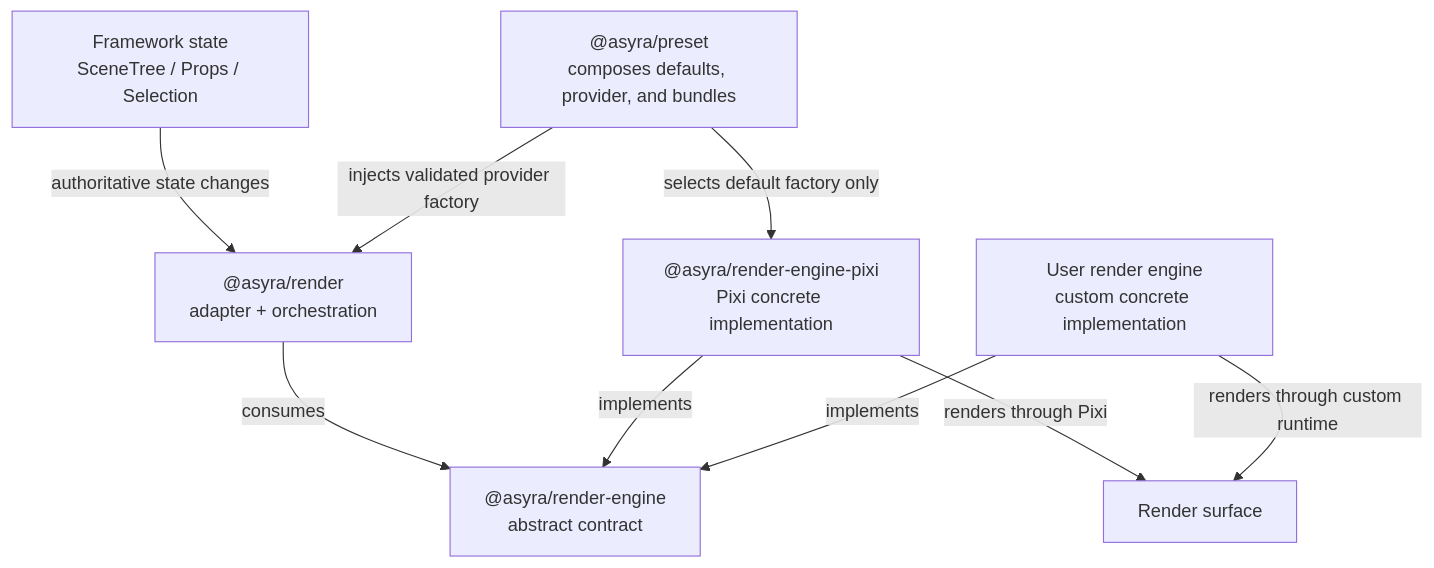
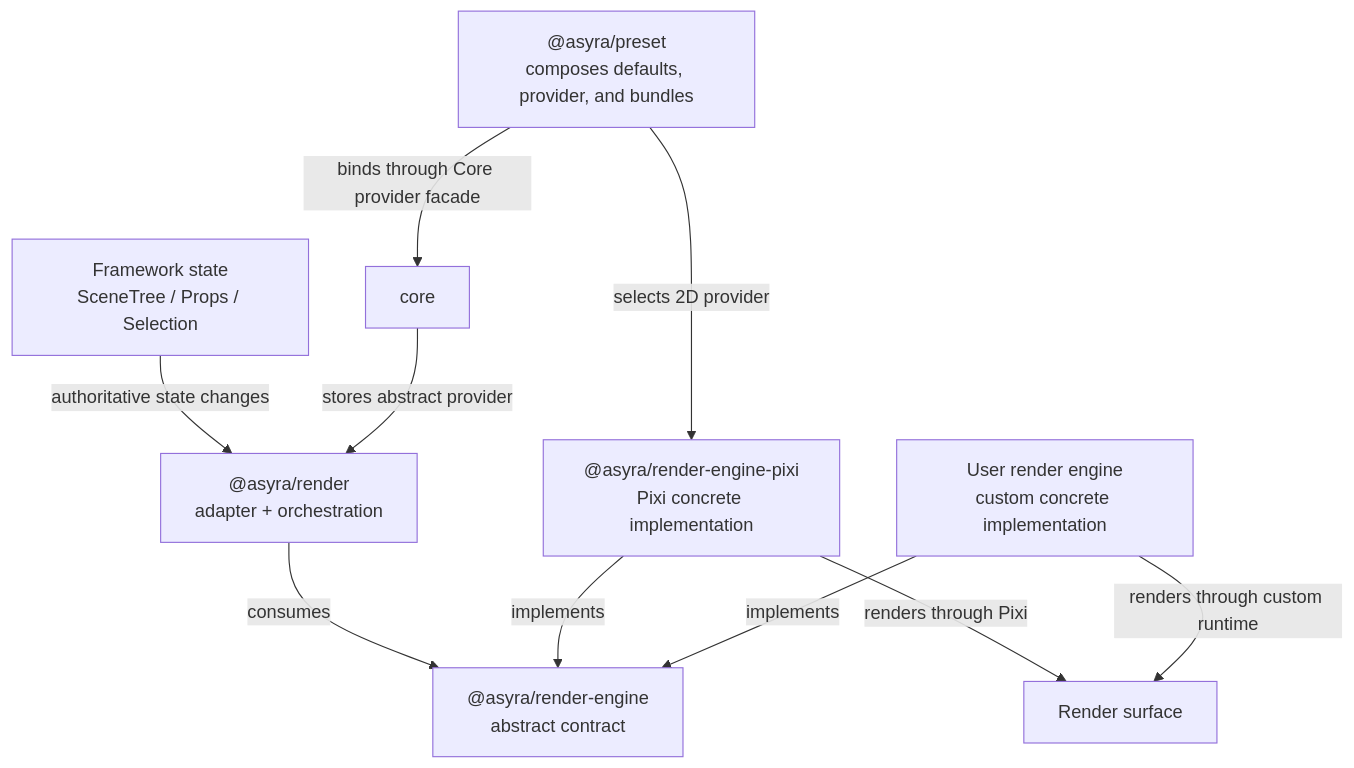
The diagram in docs/ai/framework/ARCHITECTURE.md (karote00/asra), drawn with Mermaid before and after one commit. The commit also changed 6 other files, not shown here.

````diff
--- a/docs/ai/framework/ARCHITECTURE.md
+++ b/docs/ai/framework/ARCHITECTURE.md
@@ -43,19 +43,20 @@
 ```mermaid
 flowchart TD
   state["Framework state<br/>SceneTree / Props / Selection"]
   preset["@asyra/preset<br/>composes defaults, provider, and bundles"]
   render["@asyra/render<br/>adapter + orchestration"]
   contract["@asyra/render-engine<br/>abstract contract"]
   pixi["@asyra/render-engine-pixi<br/>Pixi concrete implementation"]
   custom["User render engine<br/>custom concrete implementation"]
   surface["Render surface"]
 
   state -->|authoritative state changes| render
-  preset -->|selects default factory only| pixi
-  preset -->|injects validated provider factory| render
+  preset -->|selects 2D provider| pixi
+  preset -->|binds through Core provider facade| core
+  core -->|stores abstract provider| render
   render -->|consumes| contract
   pixi -->|implements| contract
   custom -->|implements| contract
   pixi -->|renders through Pixi| surface
   custom -->|renders through custom runtime| surface
 ```
````
